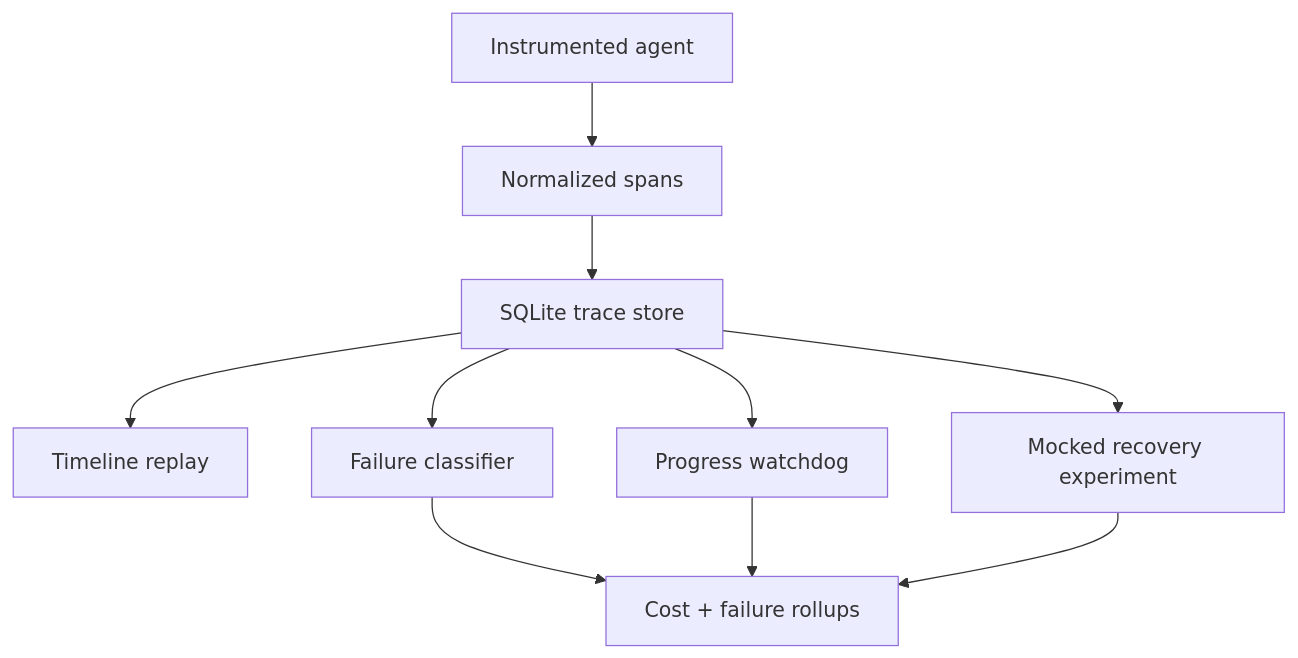
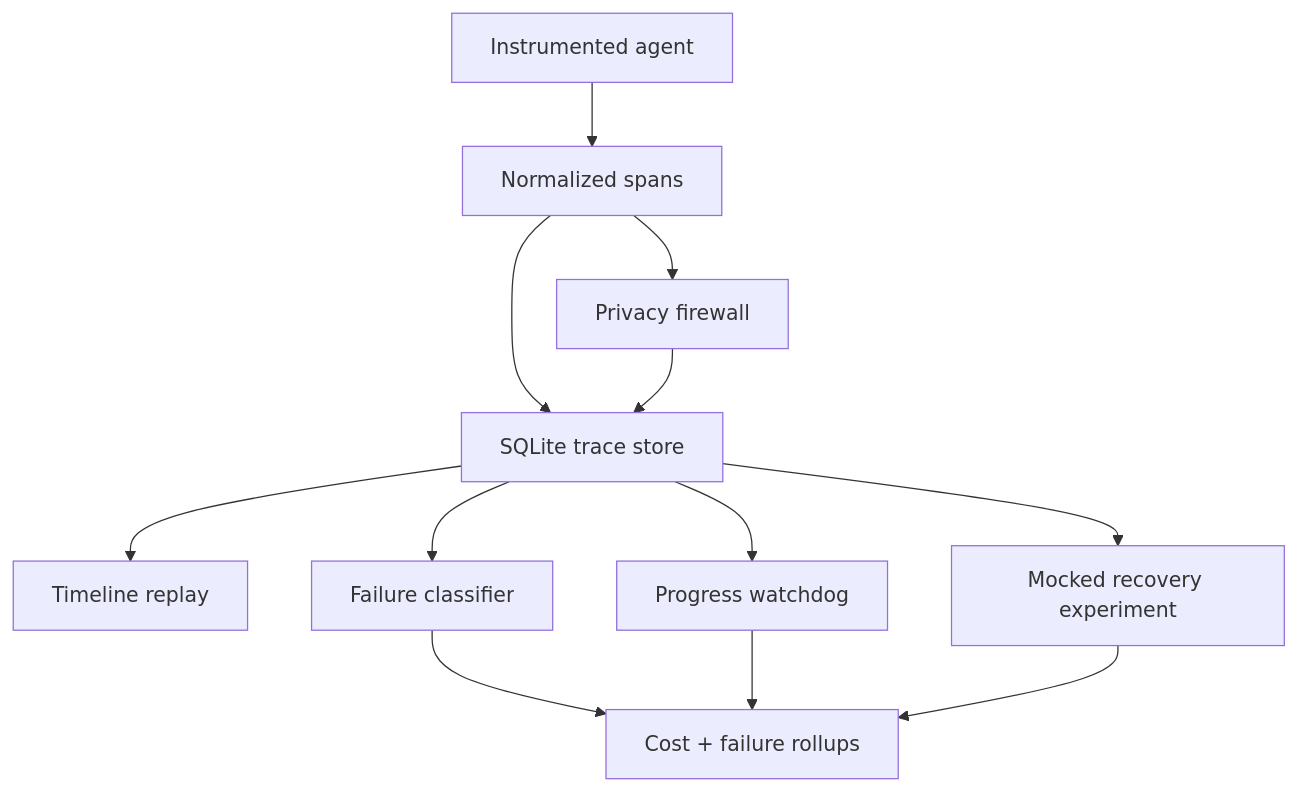
Before and after one commit to MadanMohan0537/agent-trace-debugger: the diagram in README.md, drawn with Mermaid. The commit also changed other lines of this file and 10 other files, not shown here.

Commit message:
Add pre-storage privacy firewall to TraceLoom

````diff
--- a/README.md
+++ b/README.md
@@ -47,12 +58,14 @@
 ```mermaid
 flowchart TD
     A["Instrumented agent"] --> B["Normalized spans"]
     B --> C["SQLite trace store"]
     C --> D["Timeline replay"]
     C --> E["Failure classifier"]
     C --> F["Progress watchdog"]
     C --> H["Mocked recovery experiment"]
+    B --> I["Privacy firewall"]
+    I --> C
     E --> G["Cost + failure rollups"]
     F --> G
     H --> G
 ```
````
